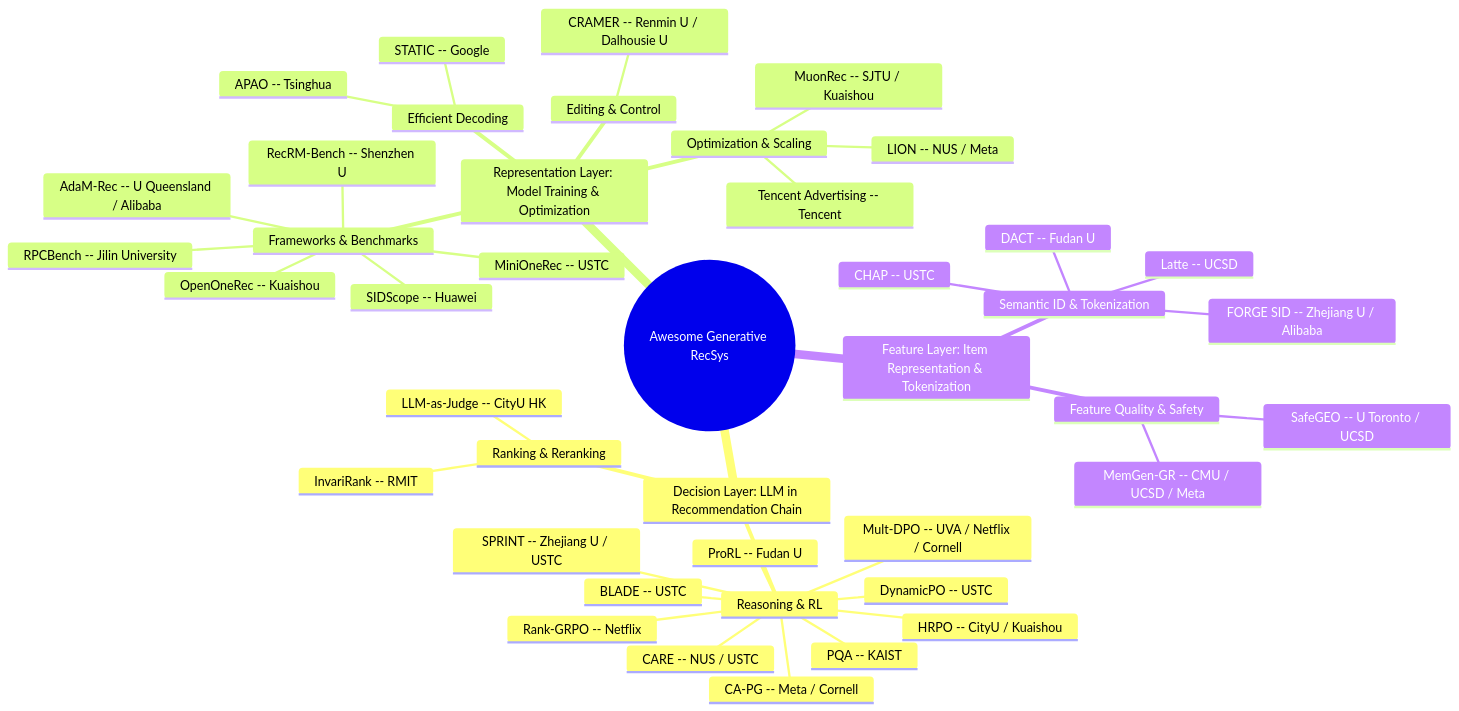
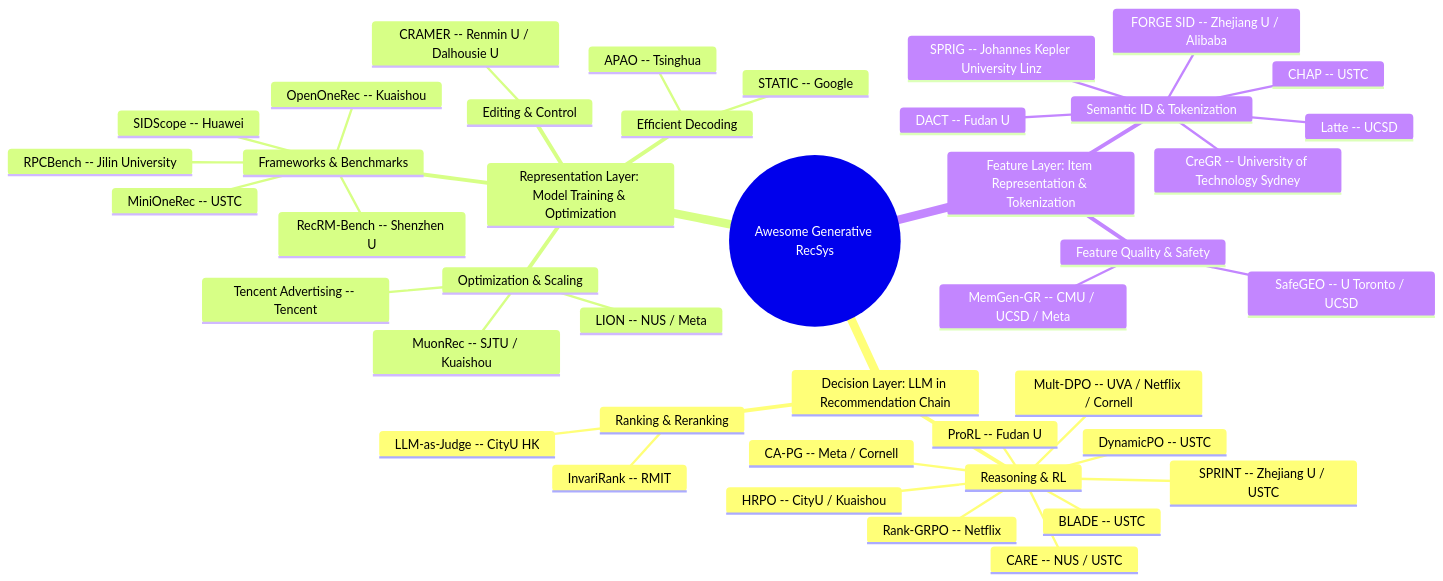
The diagram in README.md (HaFred/awesome-generative-recsys), drawn with Mermaid before and after one commit. The commit also changed other lines of this file and 3 other files, not shown here.

Commit message:
feat: SPRIG & CreGR open-source gen-rec; 5 papers Oct 06; archive Sep 25

````diff
--- a/README.md
+++ b/README.md
@@ -30,46 +30,46 @@
 ```mermaid
 mindmap
   root((Awesome Generative RecSys))
     Decision Layer: LLM in Recommendation Chain
       Reasoning & RL
         Rank-GRPO -- Netflix
         DynamicPO -- USTC
         BLADE -- USTC
         SPRINT -- Zhejiang U / USTC
         CARE -- NUS / USTC
         HRPO -- CityU / Kuaishou
         Mult-DPO -- UVA / Netflix / Cornell
         CA-PG -- Meta / Cornell
         ProRL -- Fudan U
-        PQA -- KAIST
       Ranking & Reranking
         InvariRank -- RMIT
         LLM-as-Judge -- CityU HK
     Representation Layer: Model Training & Optimization
       Editing & Control
         CRAMER -- Renmin U / Dalhousie U
       Frameworks & Benchmarks
         MiniOneRec -- USTC
         OpenOneRec -- Kuaishou
         RecRM-Bench -- Shenzhen U
         SIDScope -- Huawei
         RPCBench -- Jilin University
-        AdaM-Rec -- U Queensland / Alibaba
       Efficient Decoding
         STATIC -- Google
         APAO -- Tsinghua
       Optimization & Scaling
         MuonRec -- SJTU / Kuaishou
         Tencent Advertising -- Tencent
         LION -- NUS / Meta
     Feature Layer: Item Representation & Tokenization
       Semantic ID & Tokenization
         Latte -- UCSD
         FORGE SID -- Zhejiang U / Alibaba
         DACT -- Fudan U
         CHAP -- USTC
+        SPRIG -- Johannes Kepler University Linz
+        CreGR -- University of Technology Sydney
       Feature Quality & Safety
         SafeGEO -- U Toronto / UCSD
         MemGen-GR -- CMU / UCSD / Meta
 
 ```
````
